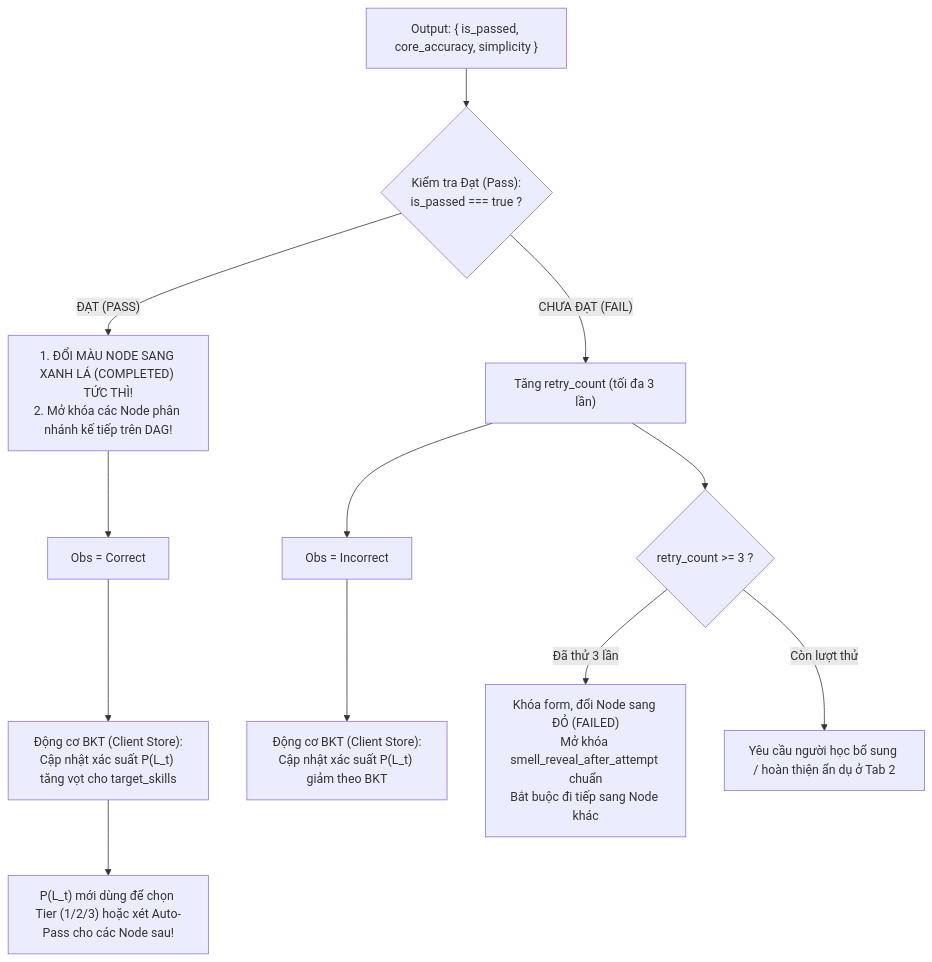
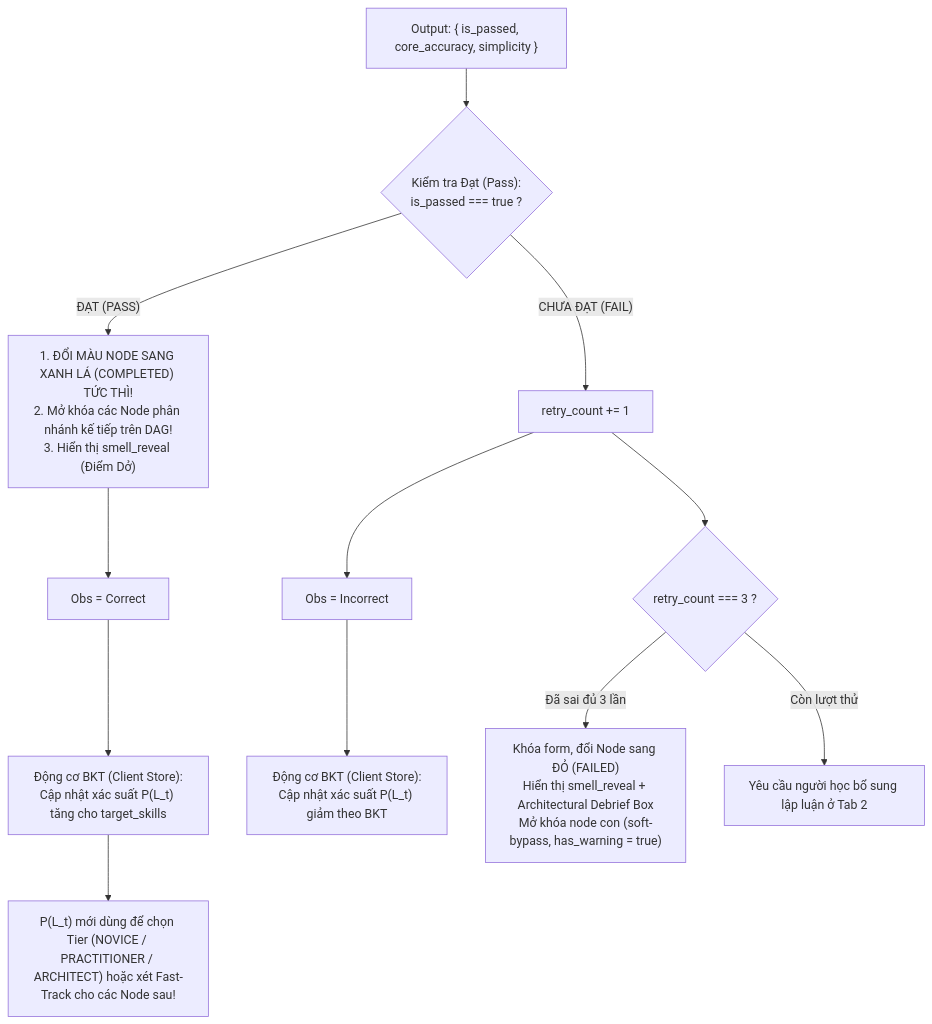
Before and after one commit to huynhthanhnhannnh-pixel/Hackathon_SGU: the second of 2 diagrams in 02_AI_VA_BAYES/01_LLM_PIPELINE_GUARDRAIL.md, drawn with Mermaid. The commit also changed other lines of this file and 17 other files, not shown here.

````diff
--- a/02_AI_VA_BAYES/01_LLM_PIPELINE_GUARDRAIL.md
+++ b/02_AI_VA_BAYES/01_LLM_PIPELINE_GUARDRAIL.md
@@ -333,16 +322,16 @@
 ```mermaid
 flowchart TD
     AIOut["Output: { is_passed, core_accuracy, simplicity }"] --> CheckPass{"Kiểm tra Đạt (Pass):<br/>is_passed === true ?"}
     
-    CheckPass -- "ĐẠT (PASS)" --> PassAction["1. ĐỔI MÀU NODE SANG XANH LÁ (COMPLETED) TỨC THÌ!<br/>2. Mở khóa các Node phân nhánh kế tiếp trên DAG!"]
+    CheckPass -- "ĐẠT (PASS)" --> PassAction["1. ĐỔI MÀU NODE SANG XANH LÁ (COMPLETED) TỨC THÌ!<br/>2. Mở khóa các Node phân nhánh kế tiếp trên DAG!<br/>3. Hiển thị smell_reveal (Điểm Dở)"]
     PassAction --> ObsCorrect["Obs = Correct"]
-    ObsCorrect --> BKT["Động cơ BKT (Client Store):<br/>Cập nhật xác suất P(L_t) tăng vọt cho target_skills"]
-    BKT --> ReadyNext["P(L_t) mới dùng để chọn Tier (1/2/3) hoặc xét Auto-Pass cho các Node sau!"]
+    ObsCorrect --> BKT["Động cơ BKT (Client Store):<br/>Cập nhật xác suất P(L_t) tăng cho target_skills"]
+    BKT --> ReadyNext["P(L_t) mới dùng để chọn Tier (NOVICE / PRACTITIONER / ARCHITECT) hoặc xét Fast-Track cho các Node sau!"]
 
-    CheckPass -- "CHƯA ĐẠT (FAIL)" --> FailAction["Tăng retry_count (tối đa 3 lần)"]
+    CheckPass -- "CHƯA ĐẠT (FAIL)" --> FailAction["retry_count += 1"]
     FailAction --> ObsIncorrect["Obs = Incorrect"]
     ObsIncorrect --> BKTFail["Động cơ BKT (Client Store):<br/>Cập nhật xác suất P(L_t) giảm theo BKT"]
-    FailAction --> CheckRetry{"retry_count >= 3 ?"}
-    CheckRetry -- "Đã thử 3 lần" --> RedNode["Khóa form, đổi Node sang ĐỎ (FAILED)<br/>Mở khóa smell_reveal_after_attempt chuẩn<br/>Bắt buộc đi tiếp sang Node khác"]
-    CheckRetry -- "Còn lượt thử" --> RetryUI["Yêu cầu người học bổ sung / hoàn thiện ẩn dụ ở Tab 2"]
+    FailAction --> CheckRetry{"retry_count === 3 ?"}
+    CheckRetry -- "Đã sai đủ 3 lần" --> RedNode["Khóa form, đổi Node sang ĐỎ (FAILED)<br/>Hiển thị smell_reveal + Architectural Debrief Box<br/>Mở khóa node con (soft-bypass, has_warning = true)"]
+    CheckRetry -- "Còn lượt thử" --> RetryUI["Yêu cầu người học bổ sung lập luận ở Tab 2"]
 ```
````
